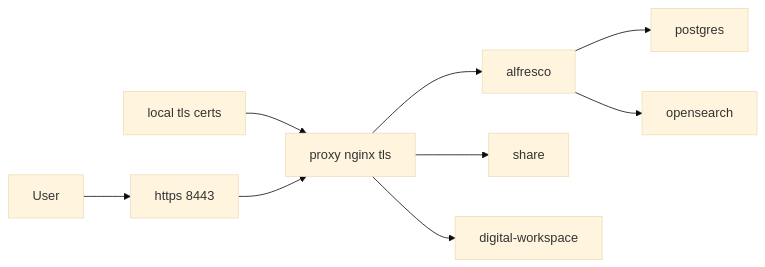
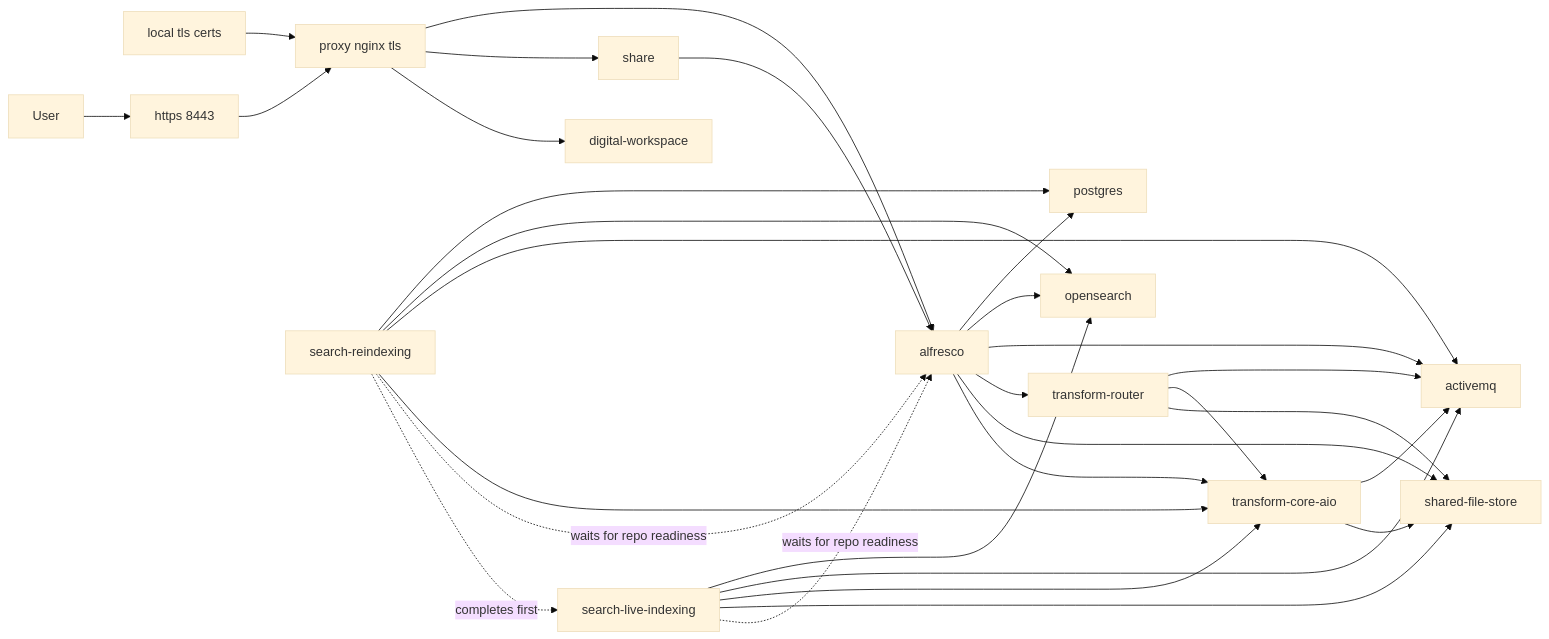
Diagram 11 of 12 in README.md (aborroy/alfresco-onprem-to-cloud-lab), drawn with Mermaid (base theme) before and after one commit. The commit also changed other lines of this file, not shown here.

Commit message:
Fix mermaid diagrams

````diff
--- a/README.md
+++ b/README.md
@@ -582,11 +684,32 @@
 ```mermaid
 flowchart LR
   certs["local tls certs"] --> proxy["proxy nginx tls"]
   user["User"] --> https["https 8443"]
   https --> proxy
   proxy --> repo["alfresco"]
   proxy --> share["share"]
   proxy --> adw["digital-workspace"]
+  share --> repo
   repo --> db["postgres"]
   repo --> os["opensearch"]
+  repo --> mq["activemq"]
+  repo --> tr["transform-router"]
+  repo --> sfs["shared-file-store"]
+  repo --> aio["transform-core-aio"]
+  tr --> mq
+  tr --> aio["transform-core-aio"]
+  tr --> sfs["shared-file-store"]
+  aio --> mq
+  aio --> sfs
+  reidx["search-reindexing"] --> db
+  reidx --> os
+  reidx --> mq
+  reidx --> aio
+  live["search-live-indexing"] --> os
+  live --> mq
+  live --> aio
+  live --> sfs
+  reidx -. "waits for repo readiness" .-> repo
+  live -. "waits for repo readiness" .-> repo
+  reidx -. "completes first" .-> live
 ```
````
